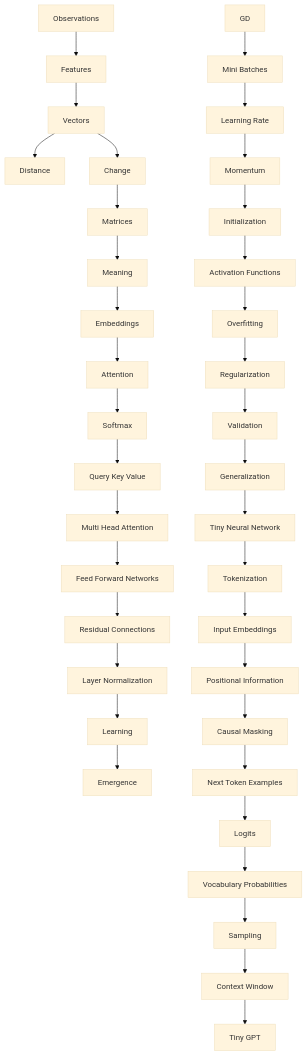
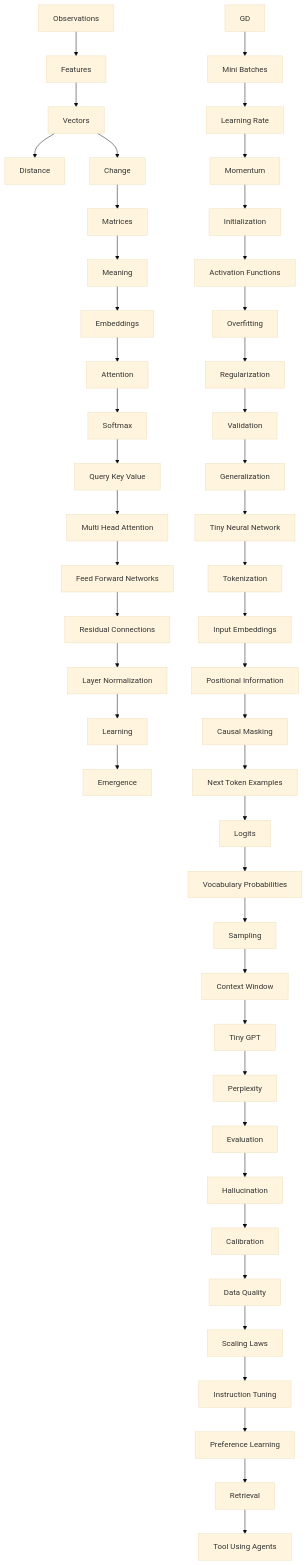
One commit to kleem-labs/AI-Archaeology changed the diagram in DEPENDENCY_GRAPH.md. Above: the diagram before and after it, drawn with Mermaid (base theme). The commit also changed 110 other files, not shown here.

```diff
--- a/DEPENDENCY_GRAPH.md
+++ b/DEPENDENCY_GRAPH.md
@@ -3,15 +3,18 @@
 ~~~mermaid
 flowchart TD
  O[Observations] --> F[Features] --> V[Vectors] --> D[Distance]
  V --> C[Change] --> M[Matrices] --> ME[Meaning] --> E[Embeddings]
  E --> A[Attention] --> S[Softmax] --> Q[Query Key Value]
  Q --> H[Multi Head Attention] --> N[Feed Forward Networks]
  N --> R[Residual Connections] --> L[Layer Normalization]
  L --> T[Learning] --> EM[Emergence]
  GD --> MB[Mini Batches] --> LR[Learning Rate] --> MO[Momentum]
  MO --> IN[Initialization] --> AF[Activation Functions] --> OV[Overfitting]
  OV --> RE[Regularization] --> VA[Validation] --> GE[Generalization]
  GE --> TN[Tiny Neural Network] --> TO[Tokenization] --> IE[Input Embeddings] --> PI[Positional Information]
  PI --> CM[Causal Masking] --> NT[Next Token Examples] --> LO[Logits]
- LO --> VP[Vocabulary Probabilities] --> SA[Sampling] --> CW[Context Window] --> GPT[Tiny GPT]
+ LO --> VP[Vocabulary Probabilities] --> SA[Sampling] --> CW[Context Window] --> GPT[Tiny GPT] --> PE[Perplexity]
+ PE --> EV[Evaluation] --> HA[Hallucination] --> CA[Calibration]
+ CA --> DQ[Data Quality] --> SL[Scaling Laws] --> IT[Instruction Tuning]
+ IT --> PL[Preference Learning] --> RAG[Retrieval] --> AG[Tool Using Agents]
 ~~~
```
